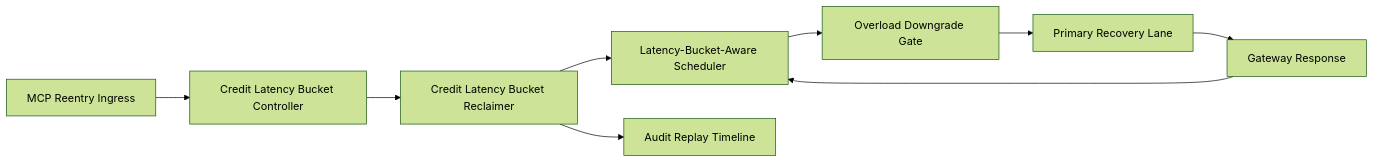
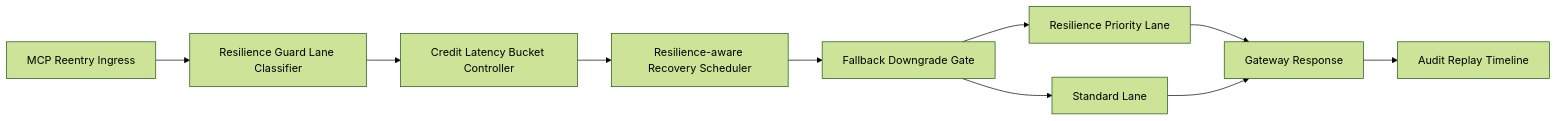
The diagram in docs/azure-agent-infra/agent-apim-mcp-reentry-credit-latencybucket-resilienceguardlane-fairness-faq.md (turbo998/ai-infra-lab), drawn with Mermaid (forest theme) before and after one commit. The commit also changed other lines of this file and 22 other files, not shown here.

````diff
--- a/docs/azure-agent-infra/agent-apim-mcp-reentry-credit-latencybucket-resilienceguardlane-fairness-faq.md
+++ b/docs/azure-agent-infra/agent-apim-mcp-reentry-credit-latencybucket-resilienceguardlane-fairness-faq.md
@@ -26,11 +26,12 @@
 ```mermaid
 flowchart LR
-  A[MCP Reentry Ingress] --> B[Credit Latency Bucket Controller]
-  B --> C[Credit Latency Bucket Reclaimer]
-  C --> D[Latency-Bucket-Aware Scheduler]
-  D --> E[Overload Downgrade Gate]
-  E --> F[Primary Recovery Lane]
-  C --> G[Audit Replay Timeline]
+  A[MCP Reentry Ingress] --> B[Resilience Guard Lane Classifier]
+  B --> C[Credit Latency Bucket Controller]
+  C --> D[Resilience-aware Recovery Scheduler]
+  D --> E[Fallback Downgrade Gate]
+  E --> F[Resilience Priority Lane]
+  E --> G[Standard Lane]
   F --> H[Gateway Response]
-  H --> D
+  G --> H
+  H --> I[Audit Replay Timeline]
 ```
````
